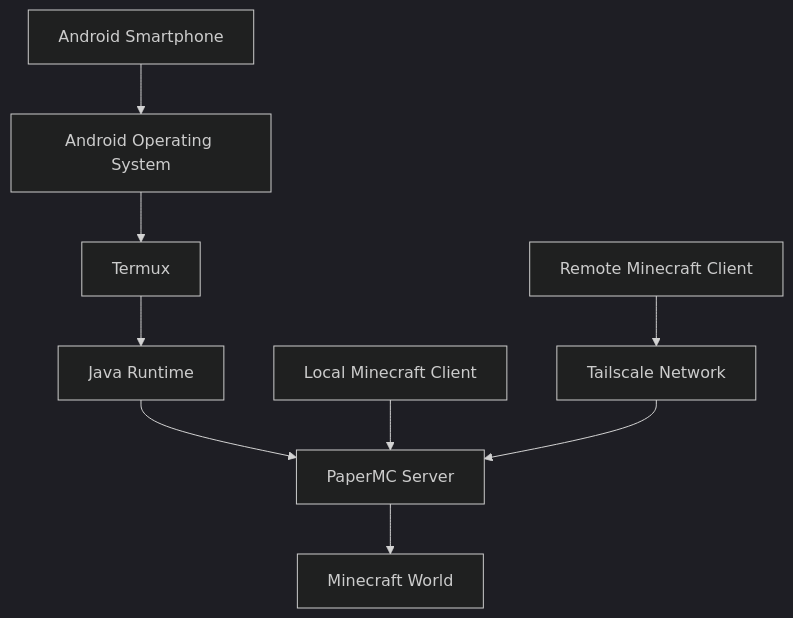
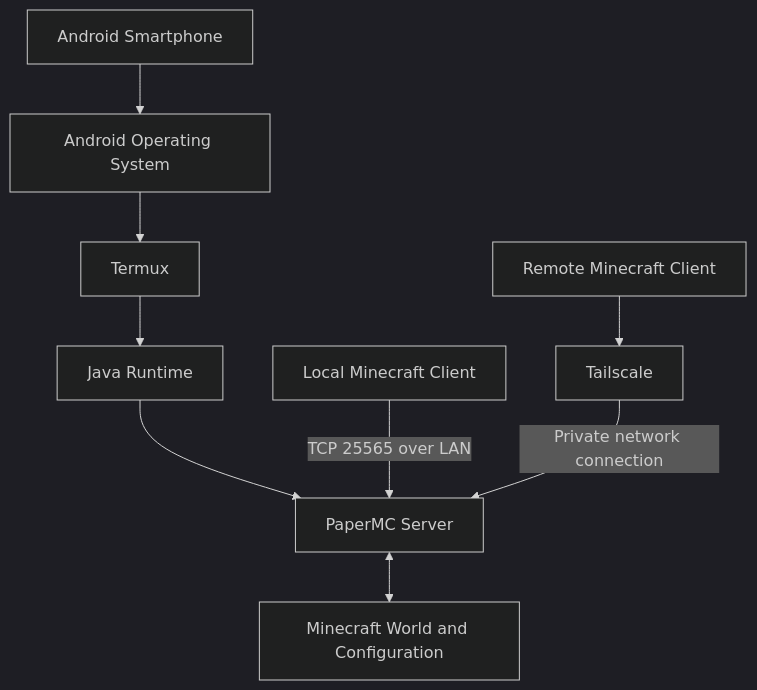
One commit to TarunES98800/Android-Homelab changed the diagram in applications/minecraft-server/README.md. Above: the diagram before and after it, drawn with Mermaid (dark theme). The commit also changed other lines of this file, not shown here.

Commit message:
Update Minecraft overview and link completed tutorials

````diff
--- a/applications/minecraft-server/README.md
+++ b/applications/minecraft-server/README.md
@@ -38,11 +17,11 @@
 ```mermaid
 flowchart TD
     A["Android Smartphone"] --> B["Android Operating System"]
     B --> C["Termux"]
     C --> D["Java Runtime"]
     D --> E["PaperMC Server"]
-    E --> F["Minecraft World"]
-    G["Local Minecraft Client"] --> E
-    H["Remote Minecraft Client"] --> I["Tailscale Network"]
-    I --> E
+    E <--> F["Minecraft World and Configuration"]
+    G["Local Minecraft Client"] -->|"TCP 25565 over LAN"| E
+    H["Remote Minecraft Client"] --> I["Tailscale"]
+    I -->|"Private network connection"| E
 ```
````
